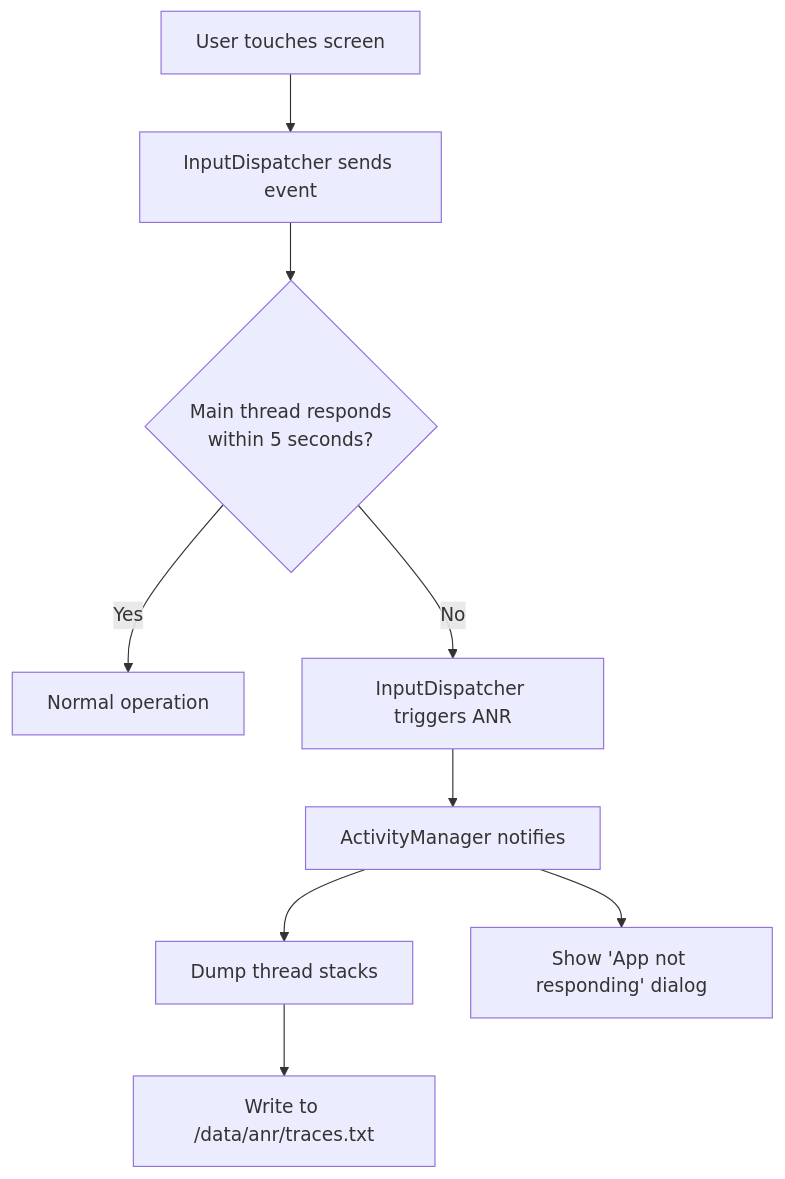
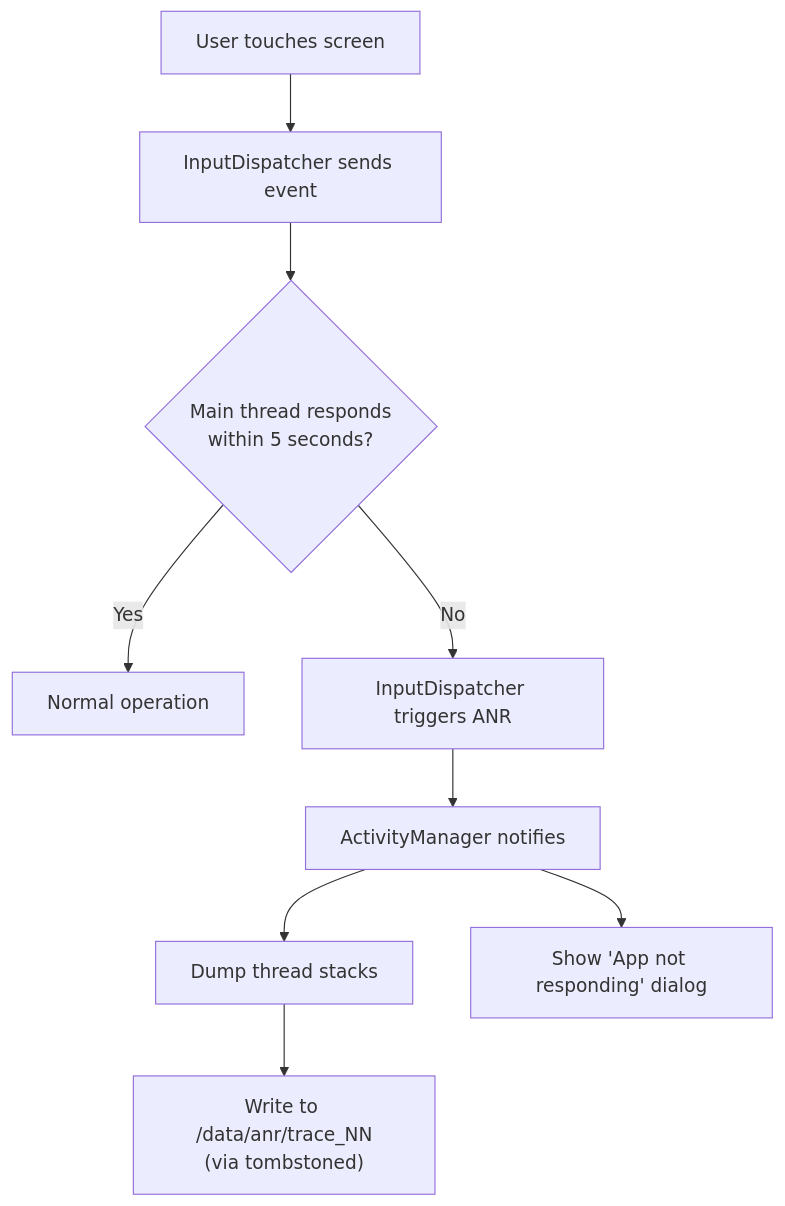
One commit to aospbooks/aosp-internal-book changed diagram 29 of 38 in agents/claude/skills/aosp-infrastructure/58-debugging-tools.md. Above: the diagram before and after it, drawn with Mermaid. The commit also changed other lines of this file and 218 other files, not shown here.

````diff
--- a/agents/claude/skills/aosp-infrastructure/58-debugging-tools.md
+++ b/agents/claude/skills/aosp-infrastructure/58-debugging-tools.md
@@ -3584,11 +3616,11 @@
 ```mermaid
 flowchart TD
     A["User touches screen"] --> B["InputDispatcher sends event"]
     B --> C{"Main thread responds<br/>within 5 seconds?"}
     C -- Yes --> D["Normal operation"]
     C -- No --> E["InputDispatcher triggers ANR"]
     E --> F["ActivityManager notifies"]
     F --> G["Dump thread stacks"]
-    G --> H["Write to /data/anr/traces.txt"]
+    G --> H["Write to /data/anr/trace_NN<br/>(via tombstoned)"]
     F --> I["Show 'App not responding' dialog"]
 ```
````
